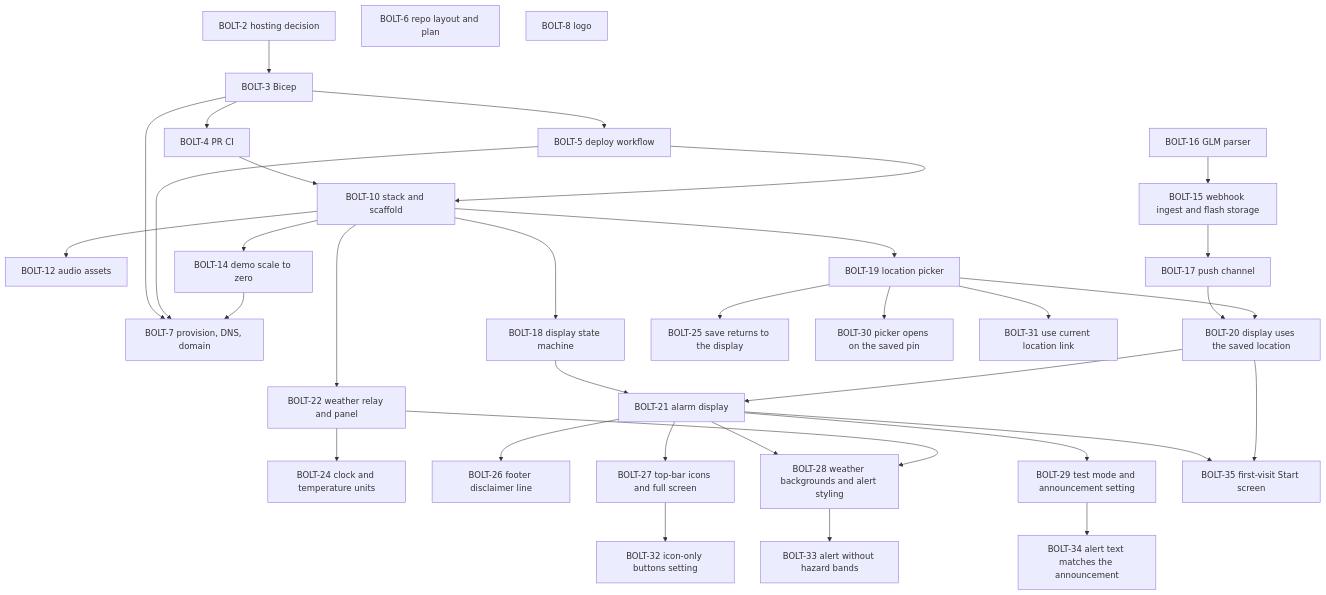
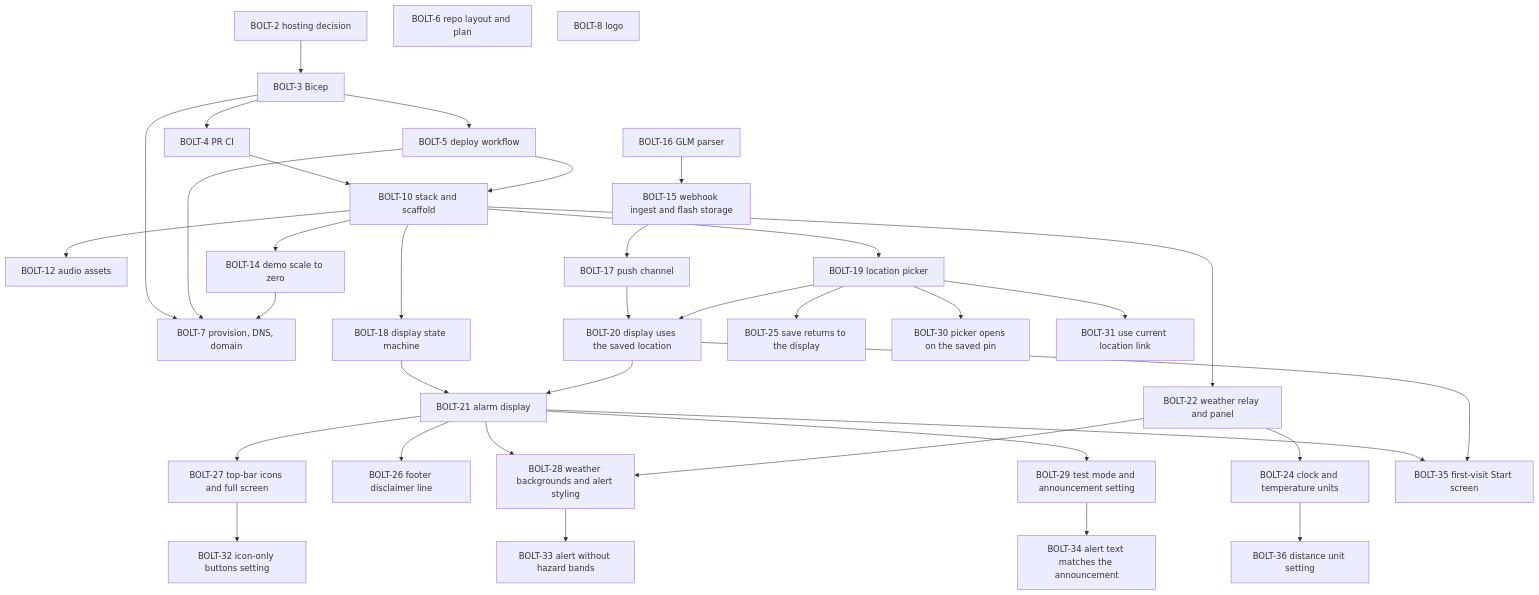
One commit to henrique-meyer/boltclock changed the diagram in docs/plan.md. Above: the diagram before and after it, drawn with Mermaid. The commit also changed other lines of this file and 10 other files, not shown here.

First line of the commit message:
BOLT-36 Settings: distance unit, shared with the location picker

````diff
--- a/docs/plan.md
+++ b/docs/plan.md
@@ -15,66 +15,68 @@
 ```mermaid
 flowchart TD
   s2[BOLT-2 hosting decision]
   s3[BOLT-3 Bicep]
   s4[BOLT-4 PR CI]
   s5[BOLT-5 deploy workflow]
   s6[BOLT-6 repo layout and plan]
   s7[BOLT-7 provision, DNS, domain]
   s8[BOLT-8 logo]
   s10[BOLT-10 stack and scaffold]
   s12[BOLT-12 audio assets]
   s14[BOLT-14 demo scale to zero]
   s15[BOLT-15 webhook ingest and flash storage]
   s16[BOLT-16 GLM parser]
   s17[BOLT-17 push channel]
   s18[BOLT-18 display state machine]
   s19[BOLT-19 location picker]
   s20[BOLT-20 display uses the saved location]
   s21[BOLT-21 alarm display]
   s22[BOLT-22 weather relay and panel]
   s24[BOLT-24 clock and temperature units]
   s25[BOLT-25 save returns to the display]
   s26[BOLT-26 footer disclaimer line]
   s27[BOLT-27 top-bar icons and full screen]
   s28[BOLT-28 weather backgrounds and alert styling]
   s30[BOLT-30 picker opens on the saved pin]
   s29[BOLT-29 test mode and announcement setting]
   s32[BOLT-32 icon-only buttons setting]
   s31[BOLT-31 use current location link]
   s33[BOLT-33 alert without hazard bands]
   s34[BOLT-34 alert text matches the announcement]
   s35[BOLT-35 first-visit Start screen]
+  s36[BOLT-36 distance unit setting]
   s2 --> s3
   s4 --> s10
   s5 --> s10
   s3 --> s4
   s3 --> s5
   s3 --> s7
   s5 --> s7
   s10 --> s12
   s10 --> s14
   s14 --> s7
   s16 --> s15
   s15 --> s17
   s10 --> s18
   s10 --> s19
   s17 --> s20
   s19 --> s20
   s18 --> s21
   s20 --> s21
   s10 --> s22
   s22 --> s24
   s19 --> s25
   s21 --> s26
   s21 --> s27
   s21 --> s28
   s22 --> s28
   s19 --> s30
   s21 --> s29
   s27 --> s32
   s19 --> s31
   s28 --> s33
   s29 --> s34
   s21 --> s35
   s20 --> s35
+  s24 --> s36
 ```
````
